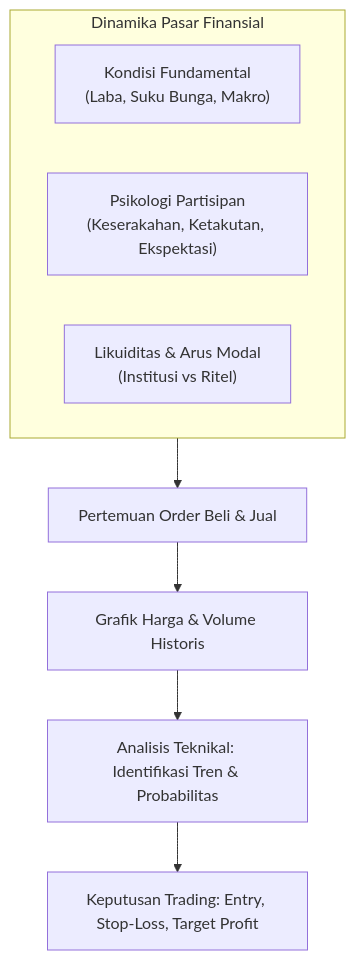
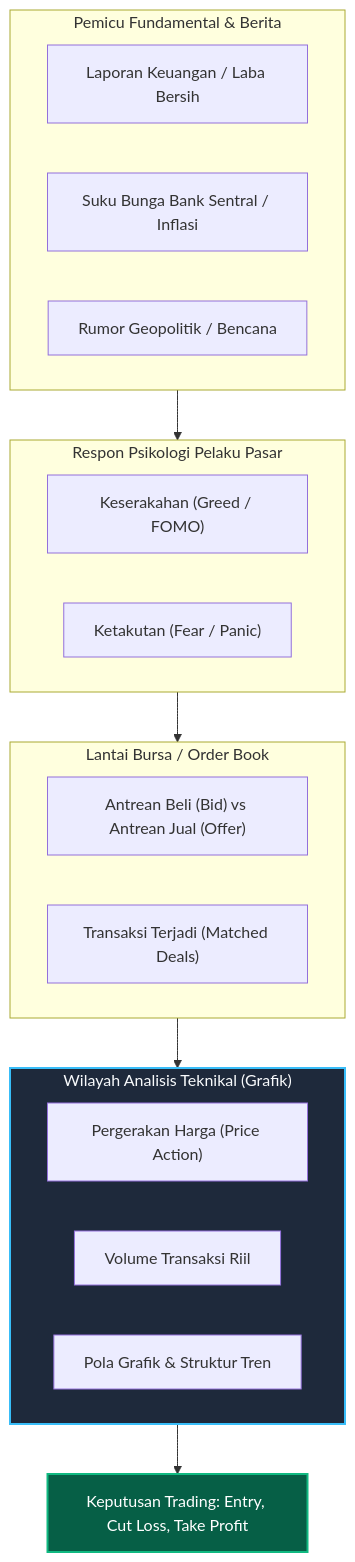
One commit to AlulCode45/Trading-Learning-Path changed the first of 4 diagrams in docs/edianto-ong/01-pengenalan-technical-analysis.md. Above: the diagram before and after it, drawn with Mermaid. The commit also changed other lines of this file and 29 other files, not shown here.

Commit message:
docs(edianto-ong): upgrade all 29 chapters with beginner analogies, diagrams, step-by-step guides, and case studies

````diff
--- a/docs/edianto-ong/01-pengenalan-technical-analysis.md
+++ b/docs/edianto-ong/01-pengenalan-technical-analysis.md
@@ -18,13 +23,32 @@
 ```mermaid
 flowchart TD
-    subgraph MarketDynamics["Dinamika Pasar Finansial"]
-        Fundamental["Kondisi Fundamental<br/>(Laba, Suku Bunga, Makro)"]
-        Psychology["Psikologi Partisipan<br/>(Keserakahan, Ketakutan, Ekspektasi)"]
-        Liquidity["Likuiditas & Arus Modal<br/>(Institusi vs Ritel)"]
+    subgraph FundamentalNews["Pemicu Fundamental & Berita"]
+        Laba["Laporan Keuangan / Laba Bersih"]
+        Makro["Suku Bunga Bank Sentral / Inflasi"]
+        Isu["Rumor Geopolitik / Bencana"]
     end
 
-    MarketDynamics --> OrderBook["Pertemuan Order Beli & Jual"]
-    OrderBook --> PriceAction["Grafik Harga & Volume Historis"]
-    PriceAction --> TA["Analisis Teknikal: Identifikasi Tren & Probabilitas"]
-    TA --> Decision["Keputusan Trading: Entry, Stop-Loss, Target Profit"]
+    subgraph CrowdPsychology["Respon Psikologi Pelaku Pasar"]
+        Greed["Keserakahan (Greed / FOMO)"]
+        Fear["Ketakutan (Fear / Panic)"]
+    end
+
+    subgraph OrderExecution["Lantai Bursa / Order Book"]
+        BidAsk["Antrean Beli (Bid) vs Antrean Jual (Offer)"]
+        Match["Transaksi Terjadi (Matched Deals)"]
+    end
+
+    subgraph TechnicalDomain["Wilayah Analisis Teknikal (Grafik)"]
+        Price["Pergerakan Harga (Price Action)"]
+        Volume["Volume Transaksi Riil"]
+        Patterns["Pola Grafik & Struktur Tren"]
+    end
+
+    FundamentalNews --> CrowdPsychology
+    CrowdPsychology --> OrderExecution
+    OrderExecution --> TechnicalDomain
+    TechnicalDomain --> TradingPlan["Keputusan Trading: Entry, Cut Loss, Take Profit"]
+
+    style TechnicalDomain fill:#1e293b,stroke:#38bdf8,stroke-width:2px,color:#f8fafc
+    style TradingPlan fill:#065f46,stroke:#10b981,stroke-width:2px,color:#ffffff
 ```
````
